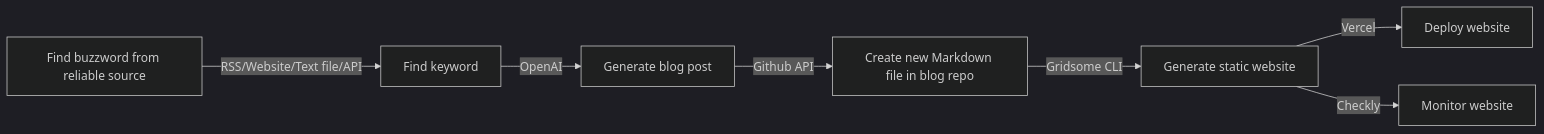
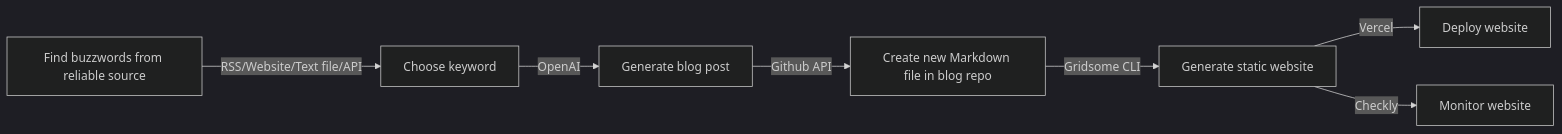
Before and after one commit to joyearnaud/hominem: the second of 3 diagrams in content/posts/fr/openAI-n8n.md, drawn with Mermaid (dark theme). The commit also changed other lines of this file, not shown here.

````diff
--- a/content/posts/fr/openAI-n8n.md
+++ b/content/posts/fr/openAI-n8n.md
@@ -63,9 +76,9 @@
 ```mermaid
 graph LR
-A[Find buzzword from reliable source] -- RSS/Website/Text file/API --> B[Find keyword]
+A[Find buzzwords from reliable source] -- RSS/Website/Text file/API --> B[Choose keyword]
 B -- OpenAI --> C[Generate blog post]
 C -- Github API --> D[Create new Markdown file in blog repo]
 D -- Gridsome CLI --> E[Generate static website]
 E -- Vercel --> F[Deploy website]
 E -- Checkly --> G[Monitor website]
 ```
````
